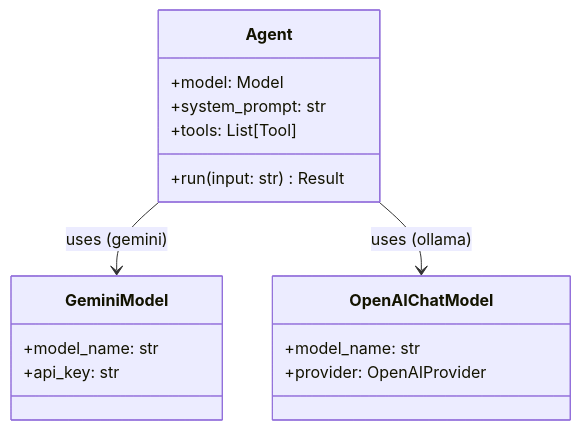
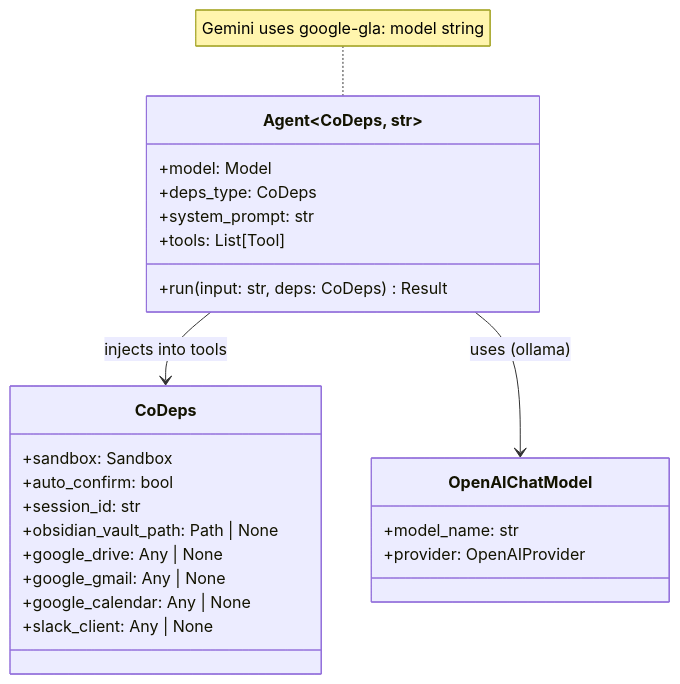
One commit to binlecode/co-cli changed the fourth of 13 diagrams in docs/DESIGN-co-cli.md. Above: the diagram before and after it, drawn with Mermaid. The commit also changed other lines of this file and 25 other files, not shown here.

First line of the commit message:
Migrate Google/Slack tools to RunContext, add API error detection and research doc

````diff
--- a/docs/DESIGN-co-cli.md
+++ b/docs/DESIGN-co-cli.md
@@ -165,22 +172,30 @@
 ```mermaid
 classDiagram
-    class Agent {
+    class Agent~CoDeps, str~ {
         +model: Model
+        +deps_type: CoDeps
         +system_prompt: str
         +tools: List[Tool]
-        +run(input: str) Result
+        +run(input: str, deps: CoDeps) Result
     }
 
-    class GeminiModel {
-        +model_name: str
-        +api_key: str
+    class CoDeps {
+        +sandbox: Sandbox
+        +auto_confirm: bool
+        +session_id: str
+        +obsidian_vault_path: Path | None
+        +google_drive: Any | None
+        +google_gmail: Any | None
+        +google_calendar: Any | None
+        +slack_client: Any | None
     }
 
     class OpenAIChatModel {
         +model_name: str
         +provider: OpenAIProvider
     }
 
-    Agent --> GeminiModel : uses (gemini)
+    Agent --> CoDeps : injects into tools
     Agent --> OpenAIChatModel : uses (ollama)
+    note for Agent "Gemini uses google-gla: model string"
 ```
````
